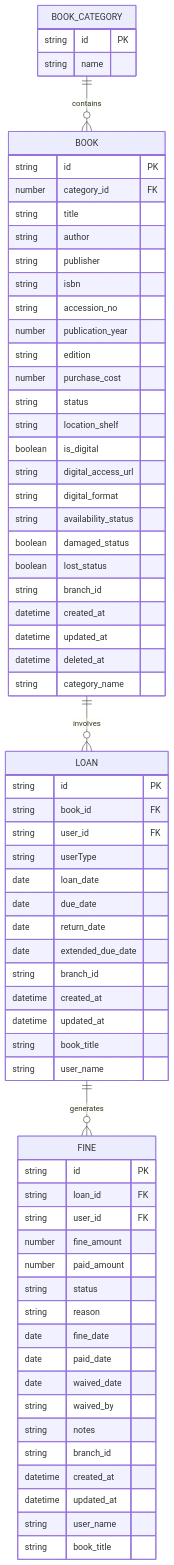
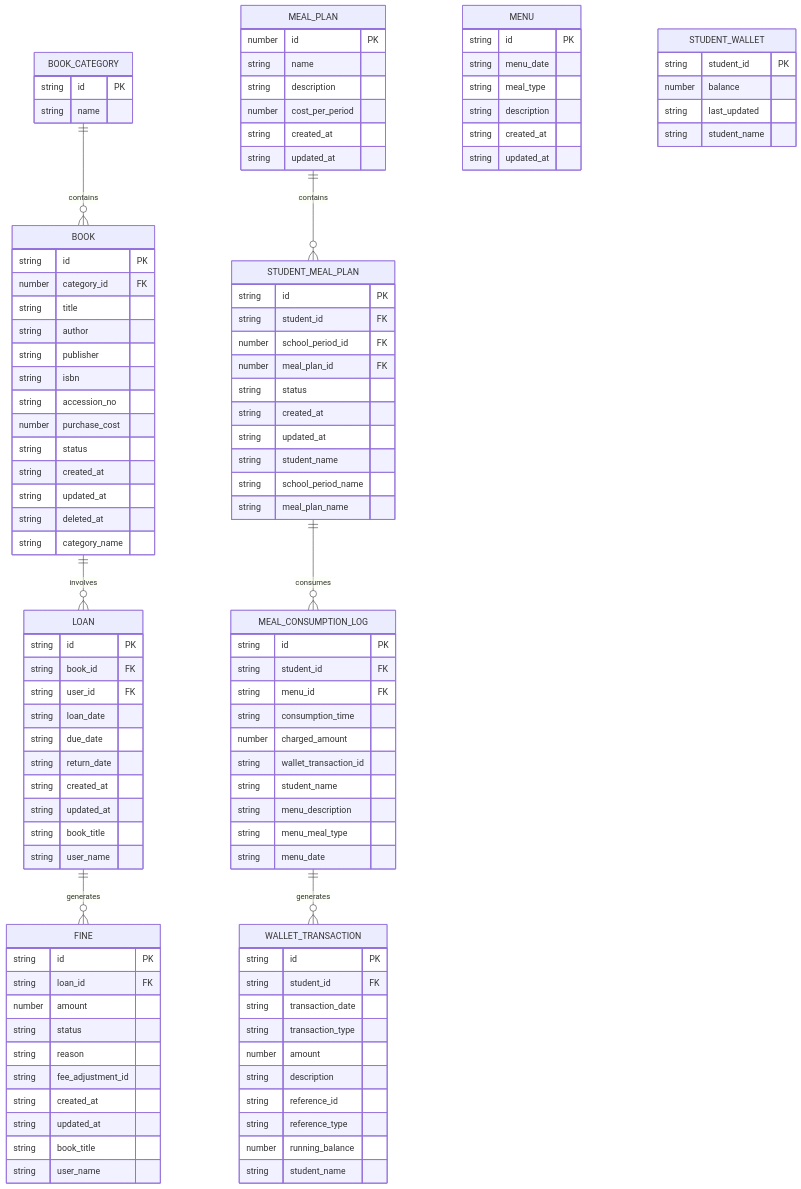
One commit to geniusdynamics/schoolpilot changed the second of 12 diagrams in .qoder/repowiki/en/content/Modules System/Library Module.md. Above: the diagram before and after it, drawn with Mermaid. The commit also changed other lines of this file and 54 other files, not shown here.

```diff
--- a/.qoder/repowiki/en/content/Modules System/Library Module.md
+++ b/.qoder/repowiki/en/content/Modules System/Library Module.md
@@ -103,57 +123,98 @@
 string publisher
 string isbn
 string accession_no
-number publication_year
-string edition
 number purchase_cost
 string status
-string location_shelf
-boolean is_digital
-string digital_access_url
-string digital_format
-string availability_status
-boolean damaged_status
-boolean lost_status
-string branch_id
-datetime created_at
-datetime updated_at
-datetime deleted_at
+string created_at
+string updated_at
+string deleted_at
 string category_name
 }
 LOAN {
 string id PK
 string book_id FK
 string user_id FK
-string userType
-date loan_date
-date due_date
-date return_date
-date extended_due_date
-string branch_id
-datetime created_at
-datetime updated_at
+string loan_date
+string due_date
+string return_date
+string created_at
+string updated_at
 string book_title
 string user_name
 }
 FINE {
 string id PK
 string loan_id FK
-string user_id FK
-number fine_amount
-number paid_amount
+number amount
 string status
 string reason
-date fine_date
-date paid_date
-date waived_date
-string waived_by
-string notes
-string branch_id
-datetime created_at
-datetime updated_at
+string fee_adjustment_id
+string created_at
+string updated_at
+string book_title
 string user_name
-string book_title
 }
+MEAL_PLAN {
+number id PK
+string name
+string description
+number cost_per_period
+string created_at
+string updated_at
+}
+STUDENT_MEAL_PLAN {
+string id PK
+string student_id FK
+number school_period_id FK
+number meal_plan_id FK
+string status
+string created_at
+string updated_at
+string student_name
+string school_period_name
+string meal_plan_name
+}
+MENU {
+string id PK
+string menu_date
+string meal_type
+string description
+string created_at
+string updated_at
+}
+MEAL_CONSUMPTION_LOG {
+string id PK
+string student_id FK
+string menu_id FK
+string consumption_time
+number charged_amount
+string wallet_transaction_id
+string student_name
+string menu_description
+string menu_meal_type
+string menu_date
+}
+WALLET_TRANSACTION {
+string id PK
+string student_id FK
+string transaction_date
+string transaction_type
+number amount
+string description
+string reference_id
+string reference_type
+number running_balance
+string student_name
+}
+STUDENT_WALLET {
+string student_id PK
+number balance
+string last_updated
+string student_name
+}
+MEAL_PLAN ||--o{ STUDENT_MEAL_PLAN : contains
+STUDENT_MEAL_PLAN ||--o{ MEAL_CONSUMPTION_LOG : consumes
+MEAL_CONSUMPTION_LOG ||--o{ WALLET_TRANSACTION : generates
 BOOK_CATEGORY ||--o{ BOOK : contains
 BOOK ||--o{ LOAN : involves
 LOAN ||--o{ FINE : generates
```
